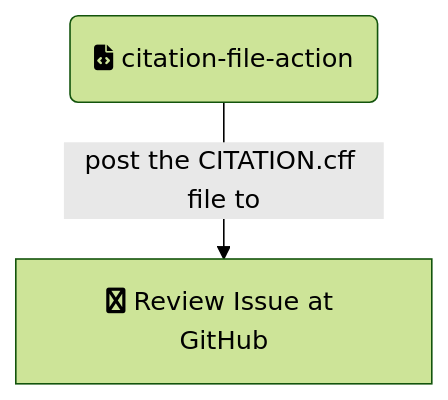
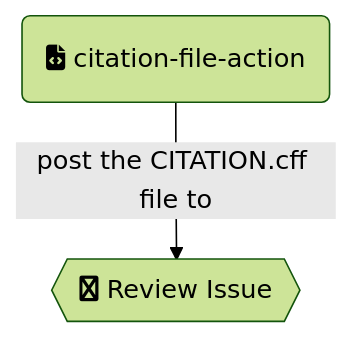
The fifth of 6 diagrams in github-actions.md (openjournals/joss-infra-docs), drawn with Mermaid (forest theme) before and after one commit. The commit also changed other lines of this file, not shown here.

Commit message:
Change shape for GitHub repos

````diff
--- a/github-actions.md
+++ b/github-actions.md
@@ -109,8 +109,8 @@
 ```mermaid
 flowchart TD
   CITATION-INFO(fa:fa-file-code citation-file-action)
    
-  Review[fa:fa-github Review Issue at GitHub]
+  Review{{fa:fa-github Review Issue}}
    
   CITATION-INFO --> |post the CITATION.cff file to| Review
 ```
````
